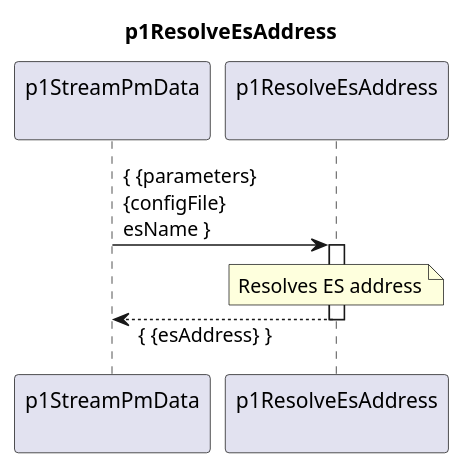
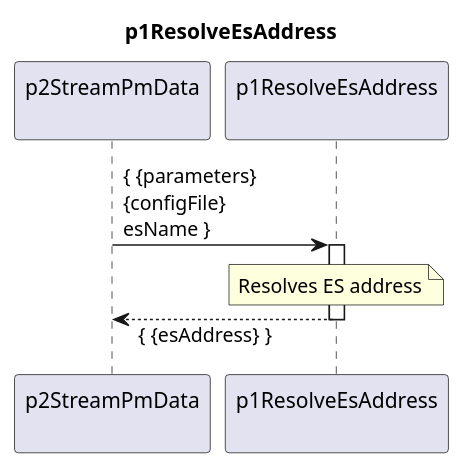
One commit to openBackhaul/DevicePerformanceManagementDataProcessor changed the diagram in spec/Functions/p1StreamPmData/p1ResolveEsAddress/1.0.0/p1ResolveEsAddress.plantuml. Above: the diagram before and after it, drawn with PlantUML. The commit also changed 40 other files, not shown here.

```diff
--- a/spec/Functions/p1StreamPmData/p1ResolveEsAddress/1.0.0/p1ResolveEsAddress.plantuml
+++ b/spec/Functions/p1StreamPmData/p1ResolveEsAddress/1.0.0/p1ResolveEsAddress.plantuml
@@ -1,19 +1,19 @@
 @startuml p1ResolveEsAddress
 skinparam responseMessageBelowArrow true
 
 title
   p1ResolveEsAddress
 end title
 
-participant "p1StreamPmData\n" as p1RMWDI
+participant "p2StreamPmData\n" as p1RMWDI
 participant "p1ResolveEsAddress\n" as p1REA
 
   p1RMWDI -> p1REA : { {parameters}\n{configFile}\nesName }
   activate p1REA
     note over p1REA
       Resolves ES address
     end note
   p1RMWDI <-- p1REA : { {esAddress} }
   deactivate p1REA
 
 @enduml
```
